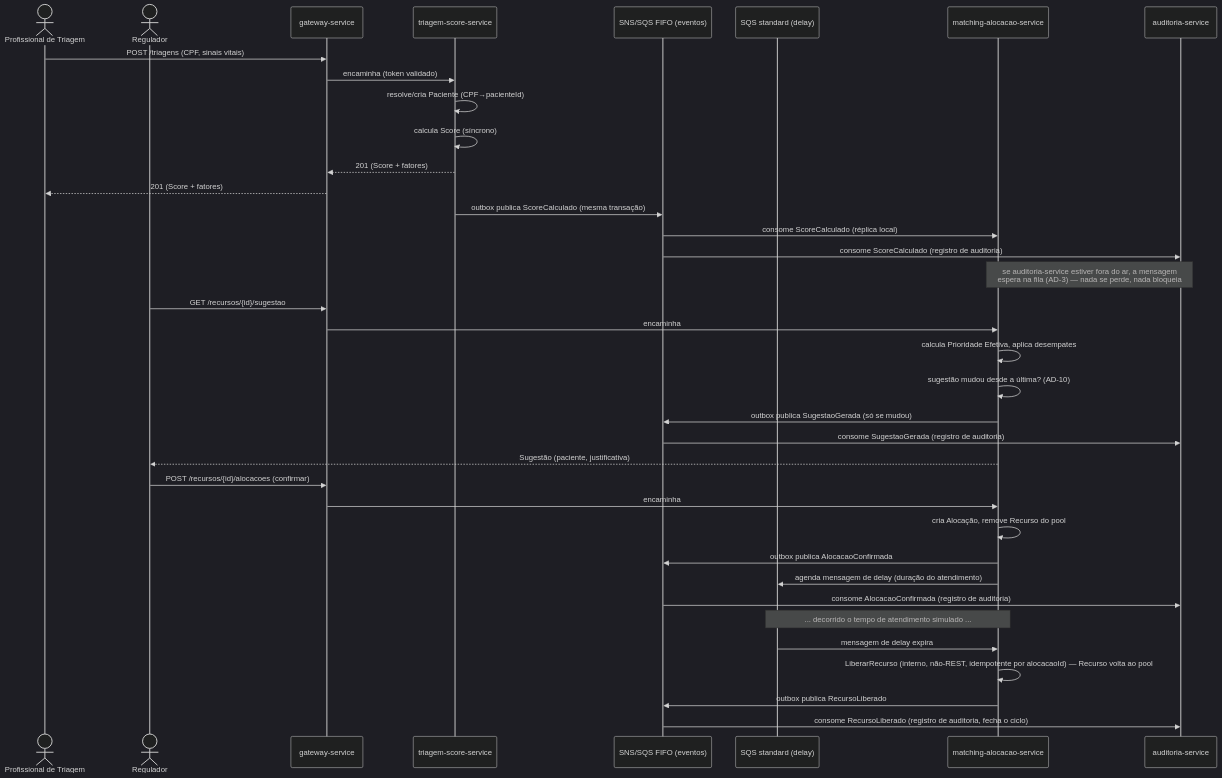
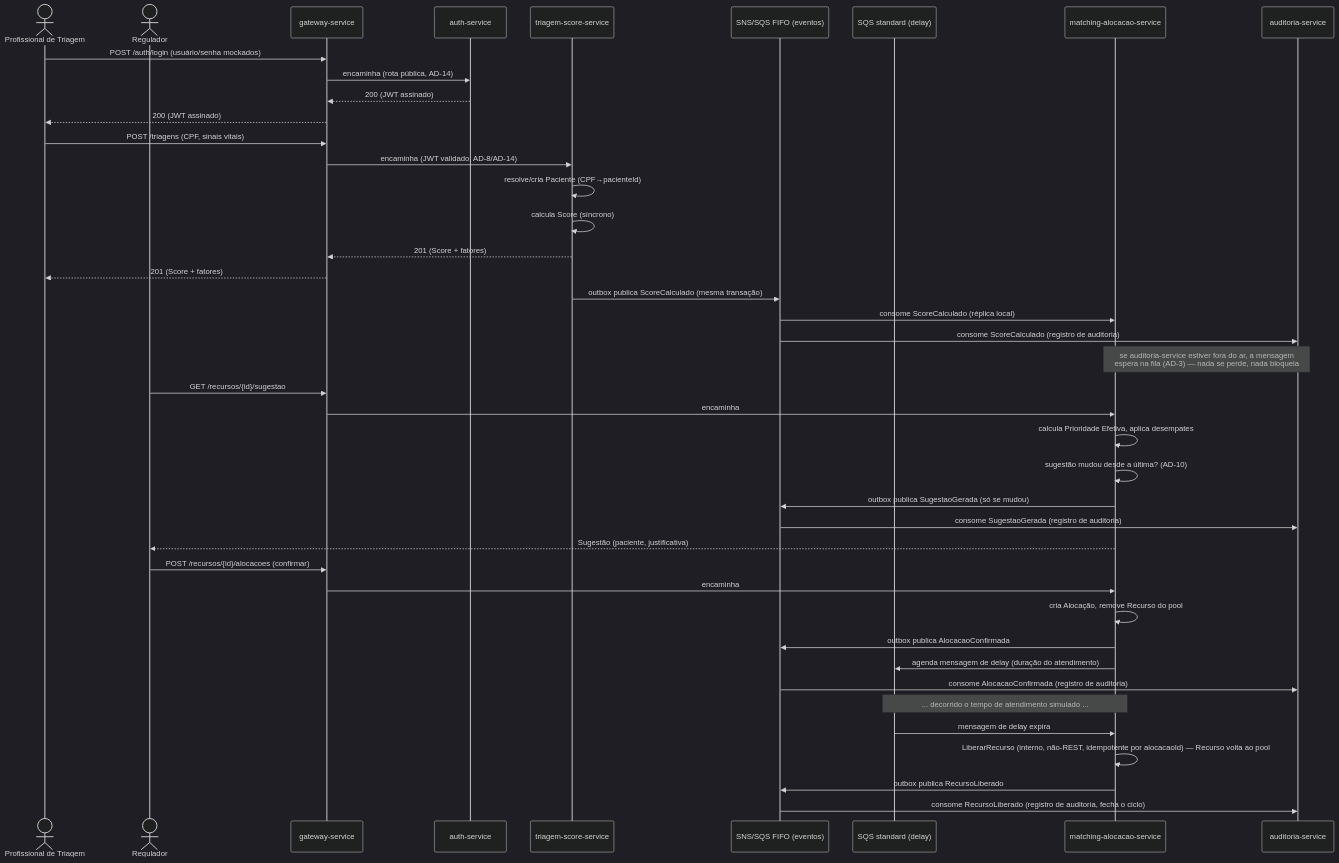
The fourth of 4 diagrams in _bmad-output/planning-artifacts/architecture/architecture-Fase5-2026-09-06/solution-design.md (thiagohaf/adjt-fase5-fila-justa), drawn with Mermaid (dark theme) before and after one commit. The commit also changed other lines of this file and 5 other files, not shown here.

First line of the commit message:
fix: adicionar auth-service dedicado (AD-14) na arquitetura do FilaJusta

````diff
--- a/_bmad-output/planning-artifacts/architecture/architecture-Fase5-2026-09-06/solution-design.md
+++ b/_bmad-output/planning-artifacts/architecture/architecture-Fase5-2026-09-06/solution-design.md
@@ -167,44 +175,50 @@
 ```mermaid
 sequenceDiagram
   actor PT as Profissional de Triagem
   actor RG as Regulador
   participant GW as gateway-service
+  participant AUTH as auth-service
   participant TS as triagem-score-service
   participant MSG as SNS/SQS FIFO (eventos)
   participant DELQ as SQS standard (delay)
   participant MA as matching-alocacao-service
   participant AU as auditoria-service
 
+  PT->>GW: POST /auth/login (usuário/senha mockados)
+  GW->>AUTH: encaminha (rota pública, AD-14)
+  AUTH-->>GW: 200 (JWT assinado)
+  GW-->>PT: 200 (JWT assinado)
+
   PT->>GW: POST /triagens (CPF, sinais vitais)
-  GW->>TS: encaminha (token validado)
+  GW->>TS: encaminha (JWT validado, AD-8/AD-14)
   TS->>TS: resolve/cria Paciente (CPF→pacienteId)
   TS->>TS: calcula Score (síncrono)
   TS-->>GW: 201 (Score + fatores)
   GW-->>PT: 201 (Score + fatores)
   TS->>MSG: outbox publica ScoreCalculado (mesma transação)
   MSG->>MA: consome ScoreCalculado (réplica local)
   MSG->>AU: consome ScoreCalculado (registro de auditoria)
 
   Note over MA,AU: se auditoria-service estiver fora do ar, a mensagem<br/>espera na fila (AD-3) — nada se perde, nada bloqueia
 
   RG->>GW: GET /recursos/{id}/sugestao
   GW->>MA: encaminha
   MA->>MA: calcula Prioridade Efetiva, aplica desempates
   MA->>MA: sugestão mudou desde a última? (AD-10)
   MA->>MSG: outbox publica SugestaoGerada (só se mudou)
   MSG->>AU: consome SugestaoGerada (registro de auditoria)
   MA-->>RG: Sugestão (paciente, justificativa)
 
   RG->>GW: POST /recursos/{id}/alocacoes (confirmar)
   GW->>MA: encaminha
   MA->>MA: cria Alocação, remove Recurso do pool
   MA->>MSG: outbox publica AlocacaoConfirmada
   MA->>DELQ: agenda mensagem de delay (duração do atendimento)
   MSG->>AU: consome AlocacaoConfirmada (registro de auditoria)
 
   Note over DELQ,MA: ... decorrido o tempo de atendimento simulado ...
   DELQ->>MA: mensagem de delay expira
   MA->>MA: LiberarRecurso (interno, não-REST, idempotente por alocacaoId) — Recurso volta ao pool
   MA->>MSG: outbox publica RecursoLiberado
   MSG->>AU: consome RecursoLiberado (registro de auditoria, fecha o ciclo)
 ```
````
